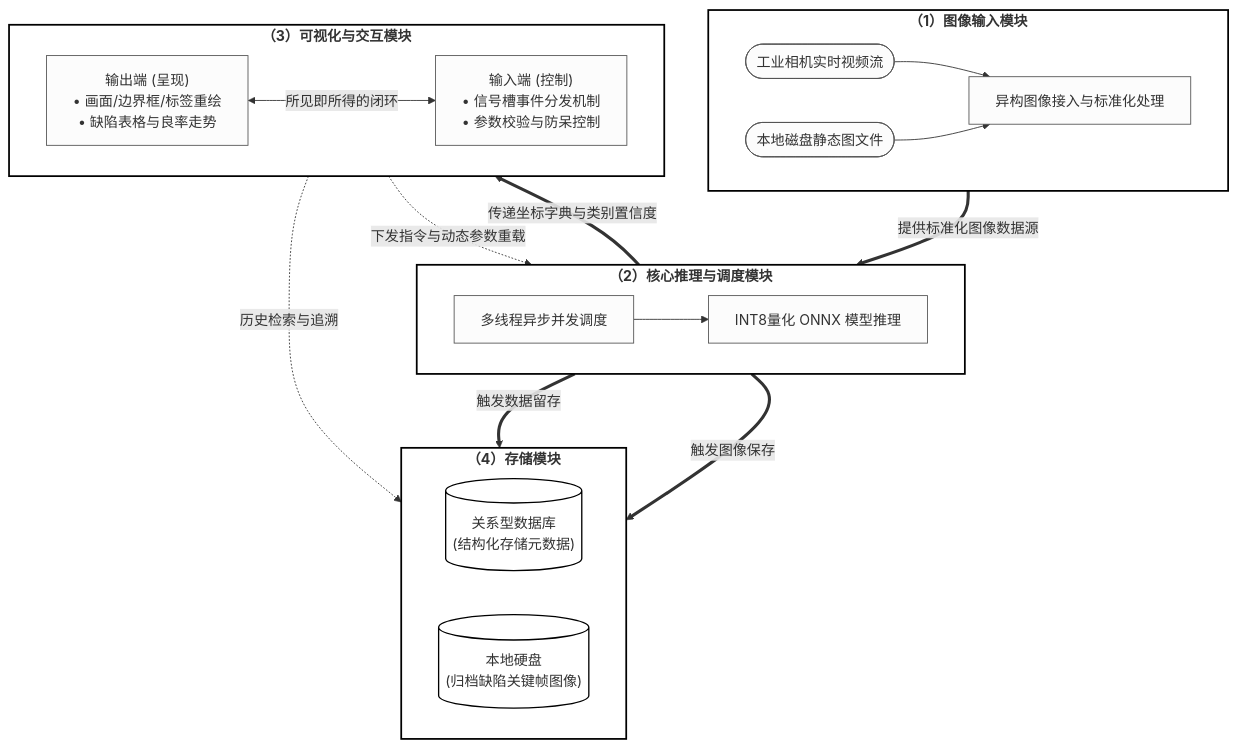
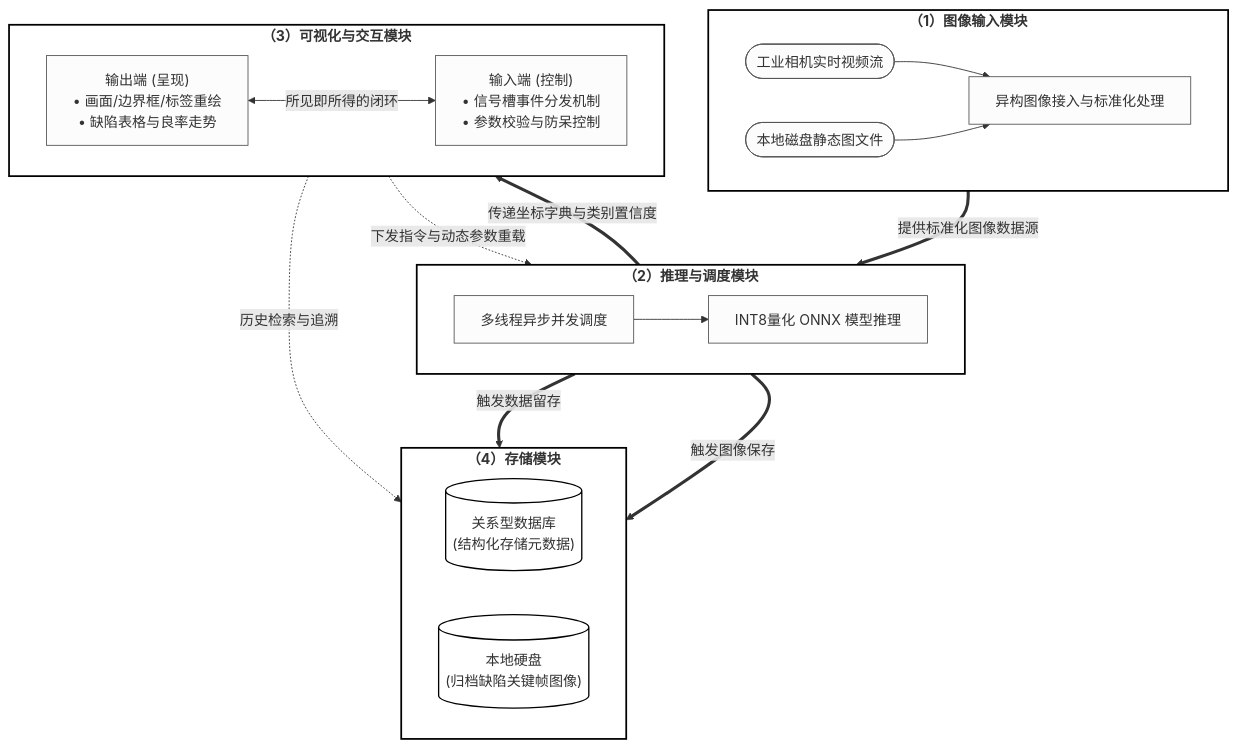
The diagram in all/未命名.md (MAOSHENGsong/iodraw-files), drawn with Mermaid before and after one commit.

Commit message:
2026-03-12 14:54:17 update

````diff
--- a/all/未命名.md
+++ b/all/未命名.md
@@ -1,52 +1,52 @@
 ```mermaid
 %%{init: {'flowchart': {'nodeSpacing': 50, 'rankSpacing': 60, 'curve': 'basis'}}}%%
 flowchart TD
     %% 定义整体样式：纯白背景，黑色边框，适合学术论文打印
     classDef moduleNode fill:#ffffff,stroke:#000000,stroke-width:2px,font-weight:bold;
     classDef subNode fill:#fcfcfc,stroke:#555555,stroke-width:1px;
     classDef dbNode fill:#ffffff,stroke:#000000,stroke-width:1.5px;
 
     %% --- 1. 图像输入模块 ---
     subgraph M1 ["（1）图像输入模块"]
         direction LR
         A1([工业相机实时视频流]) --> A3[异构图像接入与标准化处理]
         A2([本地磁盘静态图文件]) --> A3
     end
 
     %% --- 2. 推理模块 ---
-    subgraph M2 ["（2）核心推理与调度模块"]
+    subgraph M2 ["（2）推理与调度模块"]
         direction LR
         B1[多线程异步并发调度] --> B2[INT8量化 ONNX 模型推理]
     end
 
     %% --- 3. 可视化与人机交互模块 ---
     subgraph M3 ["（3）可视化与交互模块"]
         direction LR
         C1["输出端 (呈现)<br/>• 画面/边界框/标签重绘<br/>• 缺陷表格与良率走势"]
         C2["输入端 (控制)<br/>• 信号槽事件分发机制<br/>• 参数校验与防呆控制"]
         C1 <-->|所见即所得的闭环| C2
     end
 
     %% --- 4. 数据存储模块 ---
     subgraph M4 ["（4）存储模块"]
         direction LR
         D1[("关系型数据库<br/>(结构化存储元数据)")]
         D2[("本地硬盘<br/>(归档缺陷关键帧图像)")]
     end
 
     %% --- 模块间的数据流向连线 (自上而下瀑布流) ---
     A3 ==>|提供标准化图像数据源| B1
     
     B2 ==>|传递坐标字典与类别置信度| C1
     C2 -.->|下发指令与动态参数重载| B1
     
     B2 ==>|触发数据留存| D1
     B2 ==>|触发图像保存| D2
     
     C1 -.->|历史检索与追溯| D1
 
     %% --- 应用样式 ---
     class M1,M2,M3,M4 moduleNode;
     class A1,A2,A3,B1,B2,C1,C2 subNode;
     class D1,D2 dbNode;
 ```
````
